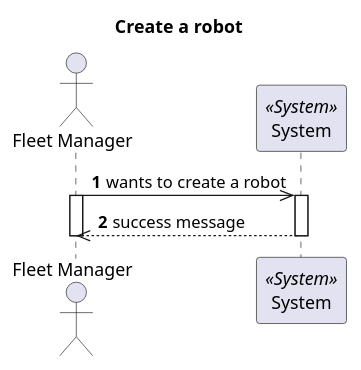
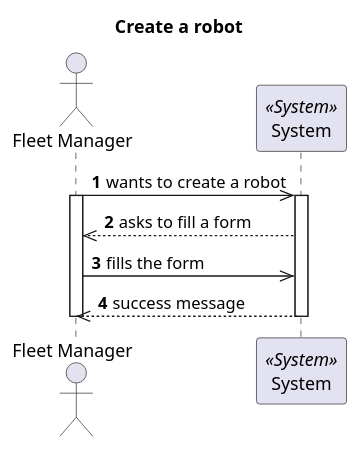
One commit to 1210910/lapr5 changed the diagram in docs/VistaProcesso/US360(1010)/ProcessView_Level1_US360_1010.puml. Above: the diagram before and after it, drawn with PlantUML. The commit also changed 13 other files, not shown here.

Commit message:
Diagrams fix (last commit bug)

```diff
--- a/docs/VistaProcesso/US360(1010)/ProcessView_Level1_US360_1010.puml
+++ b/docs/VistaProcesso/US360(1010)/ProcessView_Level1_US360_1010.puml
@@ -1,22 +1,24 @@
 @startuml Process View - Level 1 - Create a robot
 'https://plantuml.com/sequence-diagram
 
 autonumber
 skinparam packageStyle rect
 
 title Create a robot
 
 actor "Fleet Manager" as FM
 participant "System" as Sys <<System>>
 
 FM->> Sys : wants to create a robot
 
 activate FM
 activate Sys
 
+FM<<-- Sys : asks to fill a form
+FM->> Sys : fills the form
 FM<<--Sys : success message
 
 deactivate Sys
 deactivate FM
 
 @enduml
```
